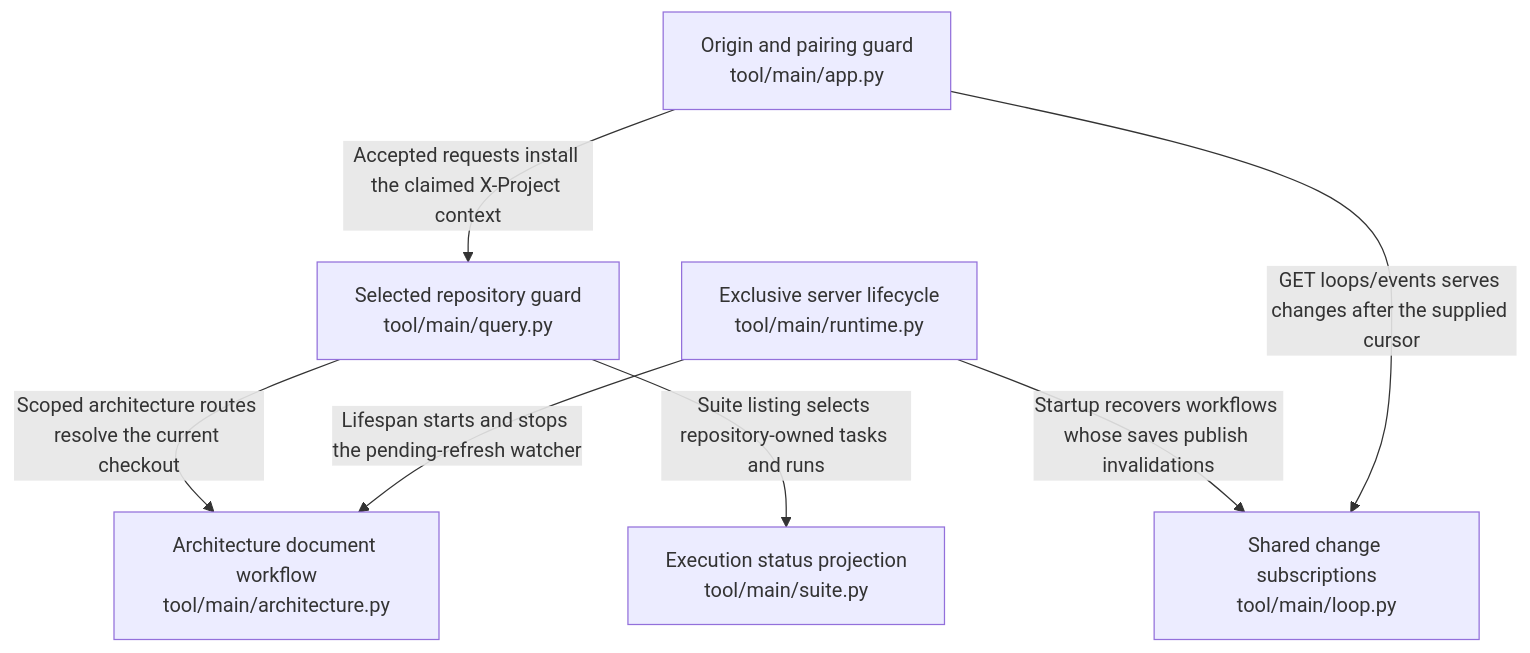
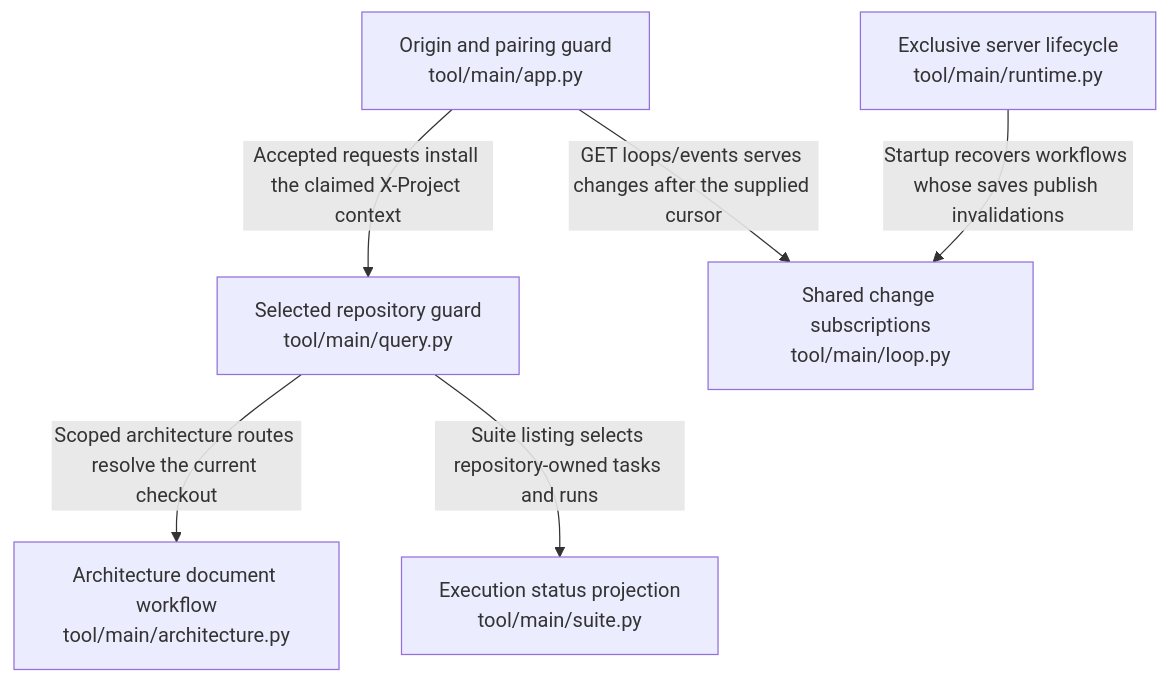
One commit to littleeeeebit/wiki-agent changed the diagram in .omm/overall-architecture/server/diagram.mmd. Above: the diagram before and after it, drawn with Mermaid. The commit also changed 9 other files, not shown here.

```diff
--- a/.omm/overall-architecture/server/diagram.mmd
+++ b/.omm/overall-architecture/server/diagram.mmd
@@ -1,13 +1,12 @@
 graph TD
 ingress["Origin and pairing guard\ntool/main/app.py"]
 selection["Selected repository guard\ntool/main/query.py"]
 lifecycle["Exclusive server lifecycle\ntool/main/runtime.py"]
 feed["Shared change subscriptions\ntool/main/loop.py"]
 architecture["Architecture document workflow\ntool/main/architecture.py"]
 suite["Execution status projection\ntool/main/suite.py"]
 ingress -->|"Accepted requests install the claimed X-Project context"| selection
 selection -->|"Scoped architecture routes resolve the current checkout"| architecture
 selection -->|"Suite listing selects repository-owned tasks and runs"| suite
 lifecycle -->|"Startup recovers workflows whose saves publish invalidations"| feed
-lifecycle -->|"Lifespan starts and stops the pending-refresh watcher"| architecture
 ingress -->|"GET loops/events serves changes after the supplied cursor"| feed
```
